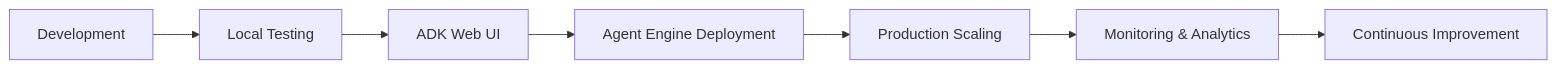
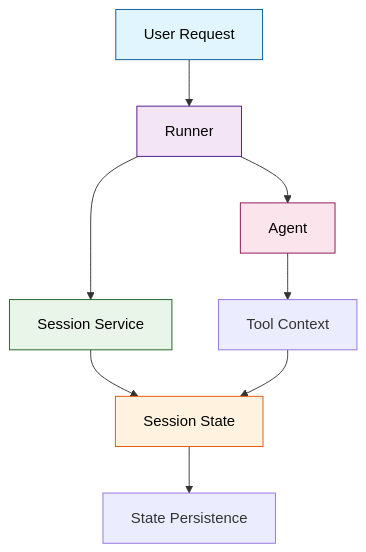
One commit to raphaelmansuy/tutorials changed the eighth of 8 diagrams in 07_develop_ai_agent_with_google_adk.md. Above: the diagram before and after it, drawn with Mermaid. The commit also changed other lines of this file, not shown here.

Commit message:
Implement feature X to enhance user experience and fix bug Y in module Z

````diff
--- a/07_develop_ai_agent_with_google_adk.md
+++ b/07_develop_ai_agent_with_google_adk.md
@@ -411,9 +2518,16 @@
 ```mermaid
-flowchart LR
-    A[Development] --> B[Local Testing]
-    B --> C[ADK Web UI]
-    C --> D[Agent Engine Deployment]
-    D --> E[Production Scaling]
-    E --> F[Monitoring & Analytics]
-    F --> G[Continuous Improvement]
+graph TD
+    A[User Request] --> B[Runner]
+    B --> C[Session Service]
+    C --> D[Session State]
+    B --> E[Agent]
+    E --> F[Tool Context]
+    F --> D
+    D --> G[State Persistence]
+    
+    style A fill:#e1f5fe,stroke:#01579b,color:#000
+    style B fill:#f3e5f5,stroke:#4a148c,color:#000
+    style C fill:#e8f5e8,stroke:#1b5e20,color:#000
+    style D fill:#fff3e0,stroke:#e65100,color:#000
+    style E fill:#fce4ec,stroke:#880e4f,color:#000
 ```
````
